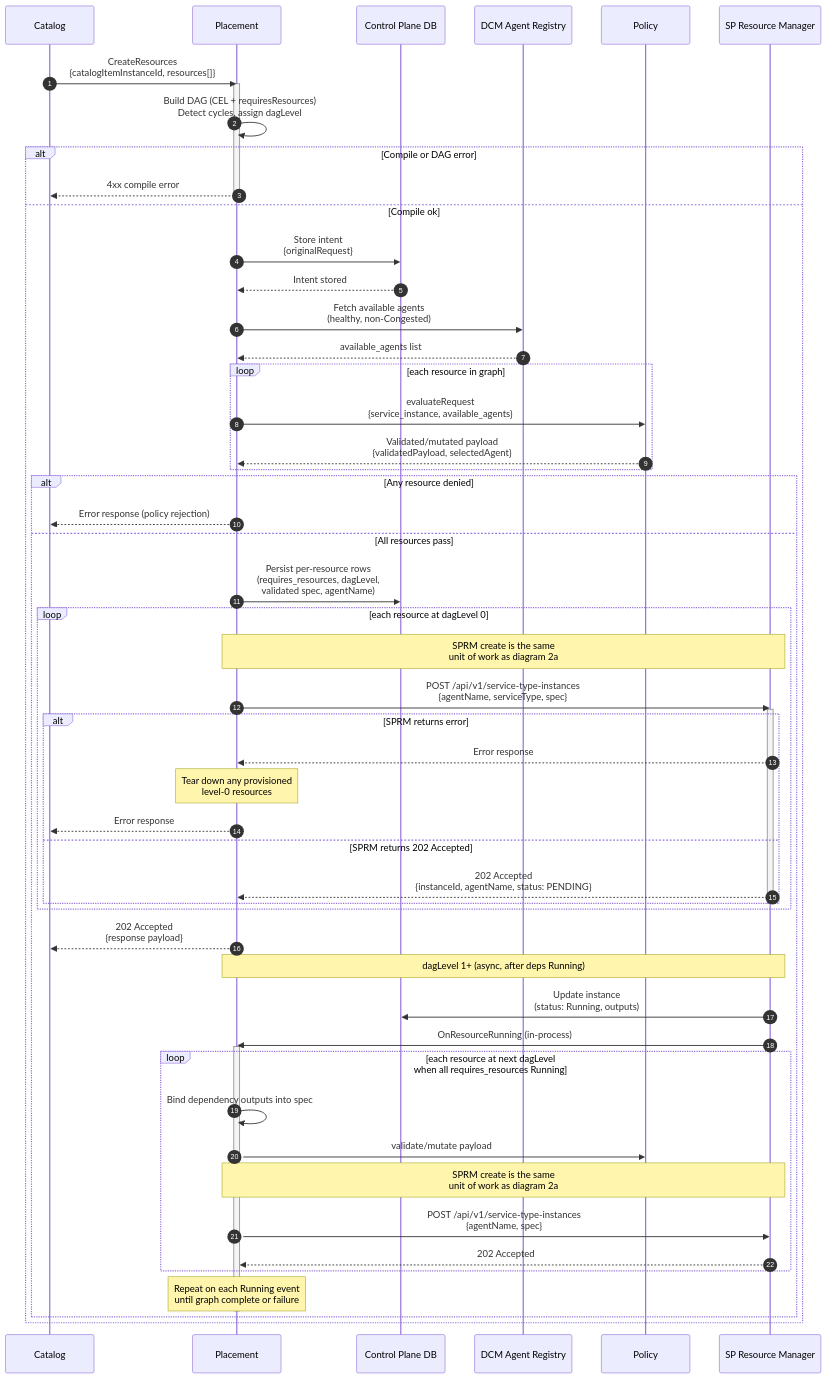
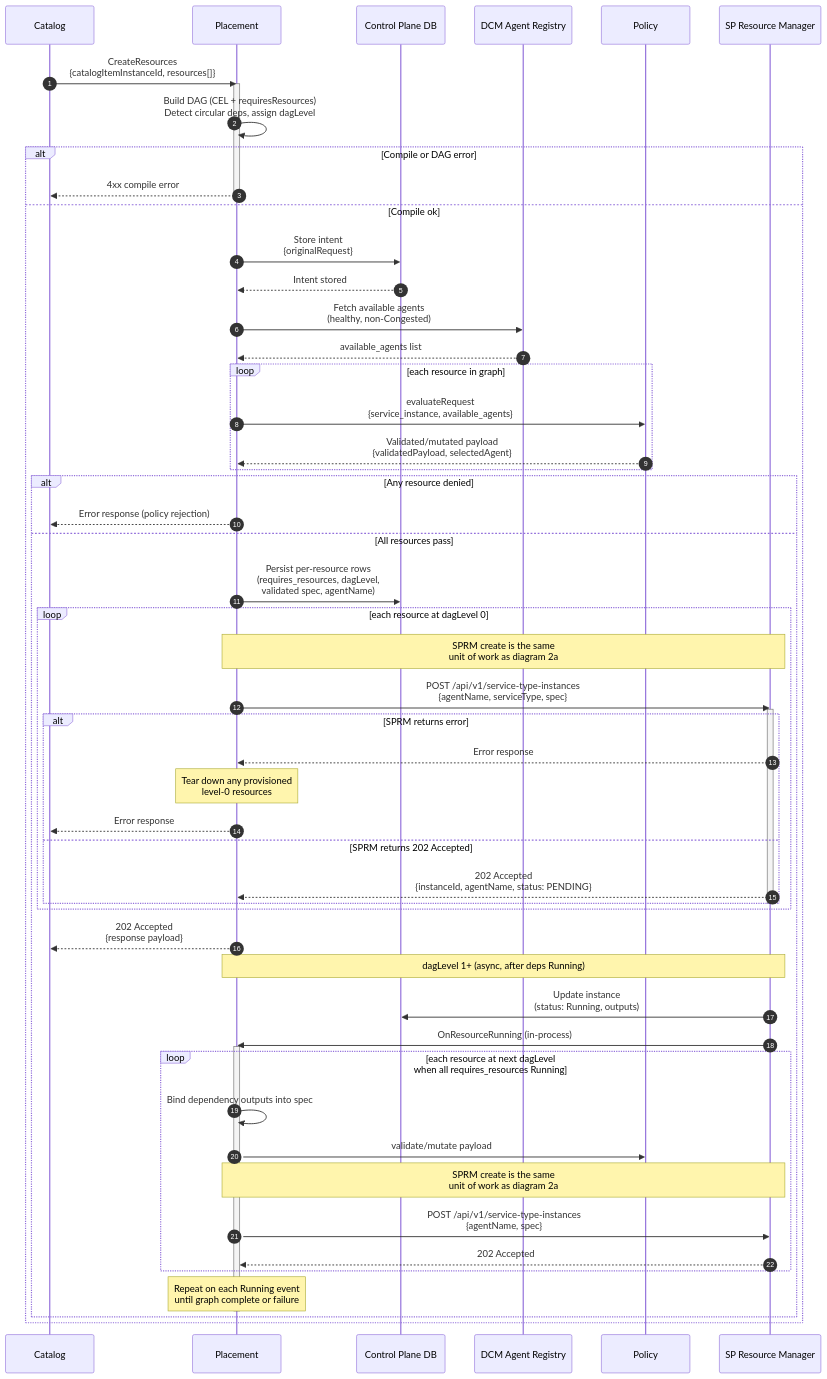
Before and after one commit to dcm-project/enhancements: the third of 3 diagrams in enhancements/placement-manager/creation-flow.md, drawn with Mermaid. The commit also changed other lines of this file and 1 other file, not shown here.

Commit message:
Update wordings Assisted-By: Cursor AI

````diff
--- a/enhancements/placement-manager/creation-flow.md
+++ b/enhancements/placement-manager/creation-flow.md
@@ -198,71 +198,71 @@
 ```mermaid
 sequenceDiagram
     autonumber
     participant CM as Catalog
     participant PM as Placement
     participant DB as Control Plane DB
     participant AR as DCM Agent Registry
     participant PE as Policy
     participant SPRM as SP Resource Manager
 
     CM->>PM: CreateResources<br/>{catalogItemInstanceId, resources[]}
     activate PM
 
-    PM->>PM: Build DAG (CEL + requiresResources)<br/>Detect cycles, assign dagLevel
+    PM->>PM: Build DAG (CEL + requiresResources)<br/>Detect circular deps, assign dagLevel
     alt Compile or DAG error
         PM-->>CM: 4xx compile error
         deactivate PM
     else Compile ok
 
         PM->>DB: Store intent<br/>{originalRequest}
         DB-->>PM: Intent stored
 
         PM->>AR: Fetch available agents<br/>(healthy, non-Congested)
         AR-->>PM: available_agents list
 
         loop each resource in graph
             PM->>PE: evaluateRequest<br/>{service_instance, available_agents}
             PE-->>PM: Validated/mutated payload<br/>{validatedPayload, selectedAgent}
         end
 
         alt Any resource denied
             PM-->>CM: Error response (policy rejection)
         else All resources pass
 
             PM->>DB: Persist per-resource rows<br/>(requires_resources, dagLevel,<br/>validated spec, agentName)
 
             loop each resource at dagLevel 0
                 Note over PM,SPRM: SPRM create is the same<br/>unit of work as diagram 2a
                 PM->>SPRM: POST /api/v1/service-type-instances<br/>{agentName, serviceType, spec}
                 activate SPRM
                 alt SPRM returns error
                     SPRM-->>PM: Error response
                     Note over PM: Tear down any provisioned<br/>level-0 resources
                     PM-->>CM: Error response
                 else SPRM returns 202 Accepted
                     SPRM-->>PM: 202 Accepted<br/>{instanceId, agentName, status: PENDING}
                 end
                 deactivate SPRM
             end
 
             PM-->>CM: 202 Accepted<br/>{response payload}
 
             Note over SPRM,PM: dagLevel 1+ (async, after deps Running)
 
             SPRM->>DB: Update instance<br/>(status: Running, outputs)
             SPRM->>PM: OnResourceRunning (in-process)
             activate PM
 
             loop each resource at next dagLevel<br/>when all requires_resources Running
                 PM->>PM: Bind dependency outputs into spec
                 PM->>PE: validate/mutate payload
                 Note over PM,SPRM: SPRM create is the same<br/>unit of work as diagram 2a
                 PM->>SPRM: POST /api/v1/service-type-instances<br/>{agentName, spec}
                 SPRM-->>PM: 202 Accepted
             end
 
             Note over PM: Repeat on each Running event<br/>until graph complete or failure
             deactivate PM
         end
     end
 ```
````
